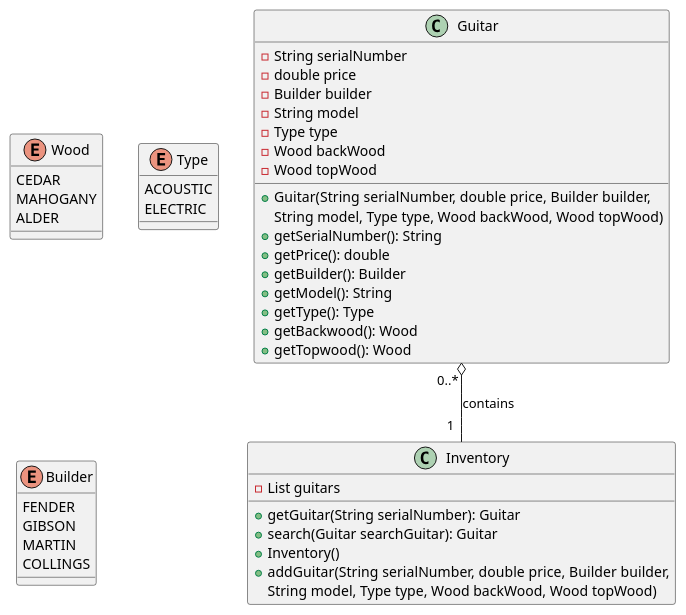
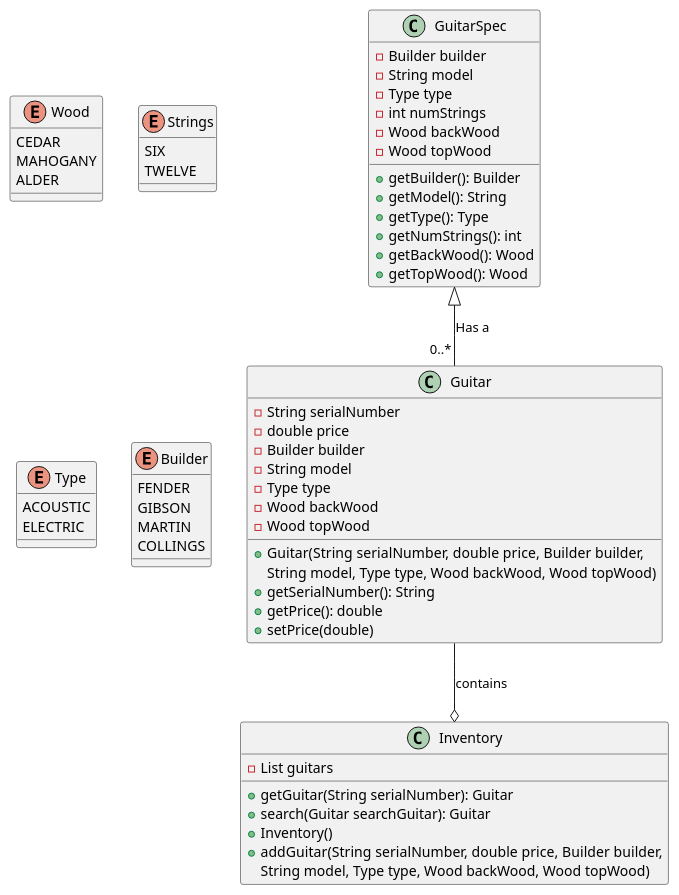
The diagram in GuitarShop/src/Guitar.puml (Con-OBrien/Object-Orientated-Analysis-And-Design), drawn with PlantUML before and after one commit. The commit also changed 14 other files, not shown here.

```diff
--- a/GuitarShop/src/Guitar.puml
+++ b/GuitarShop/src/Guitar.puml
@@ -1,52 +1,71 @@
 @startuml
 
 class Guitar {
 - String serialNumber
 - double price
 - Builder builder
 - String model
 - Type type
 - Wood backWood
 - Wood topWood
 + Guitar(String serialNumber, double price, Builder builder,
 String model, Type type, Wood backWood, Wood topWood)
 + getSerialNumber(): String
 + getPrice(): double
++setPrice(double)
+}
+
+class GuitarSpec {
+- Builder builder
+- String model
+- Type type
+- int numStrings
+- Wood backWood
+- Wood topWood
 + getBuilder(): Builder
 + getModel(): String
 + getType(): Type
-+ getBackwood(): Wood
-+ getTopwood(): Wood
++ getNumStrings(): int
++ getBackWood(): Wood
++ getTopWood(): Wood
 }
 
 class Inventory {
 - List guitars
 + getGuitar(String serialNumber): Guitar
 + search(Guitar searchGuitar): Guitar
 + Inventory()
 + addGuitar(String serialNumber, double price, Builder builder,
 String model, Type type, Wood backWood, Wood topWood)
 }
 
+
+
 enum Wood {
  CEDAR
  MAHOGANY
  ALDER
+}
+
+enum Strings {
+ SIX
+ TWELVE
 }
 
 enum Type {
  ACOUSTIC
  ELECTRIC
 }
 
 enum Builder {
  FENDER
  GIBSON
  MARTIN
  COLLINGS
 }
+GuitarSpec <|-- "0..* " Guitar : Has a
+Guitar --o Inventory : contains
 
-Guitar "0..* " o-- "1  " Inventory : contains
 
 
 @enduml
```
